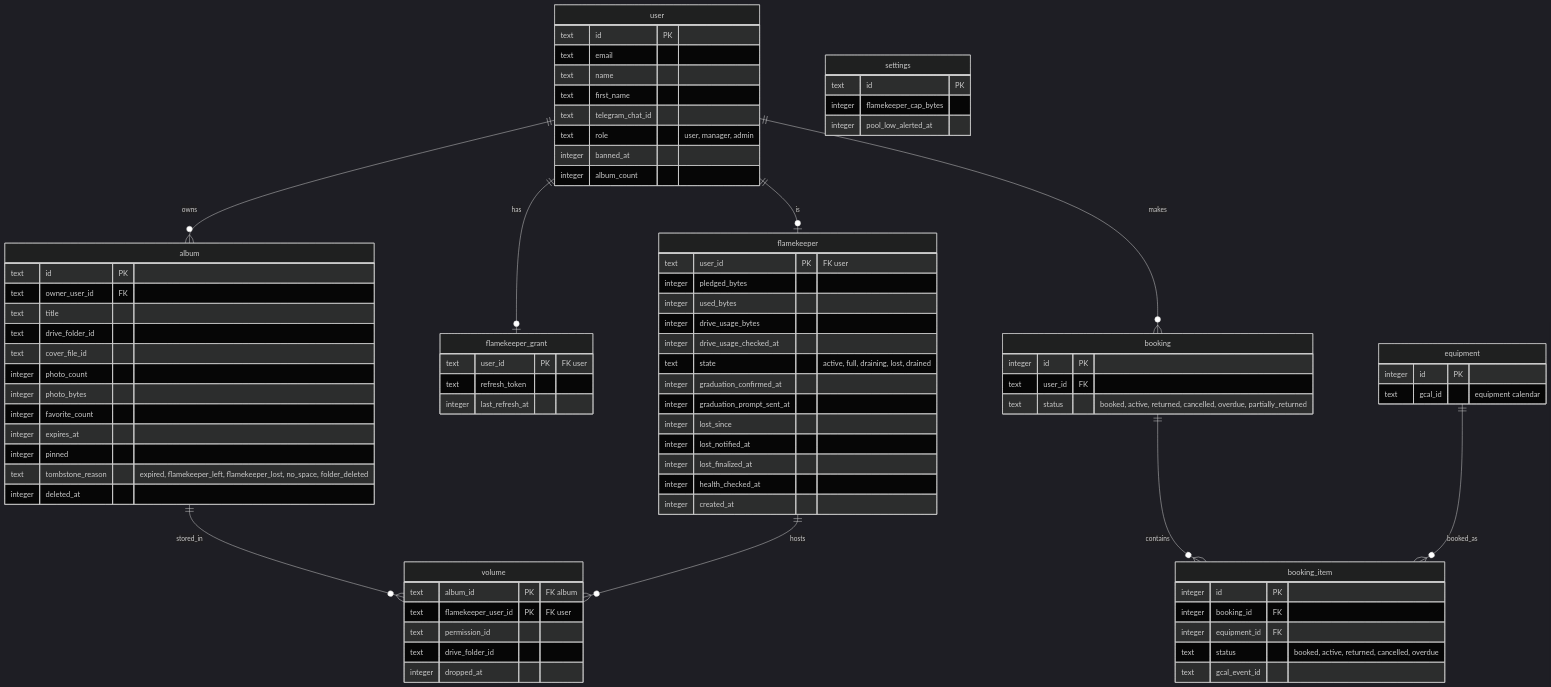
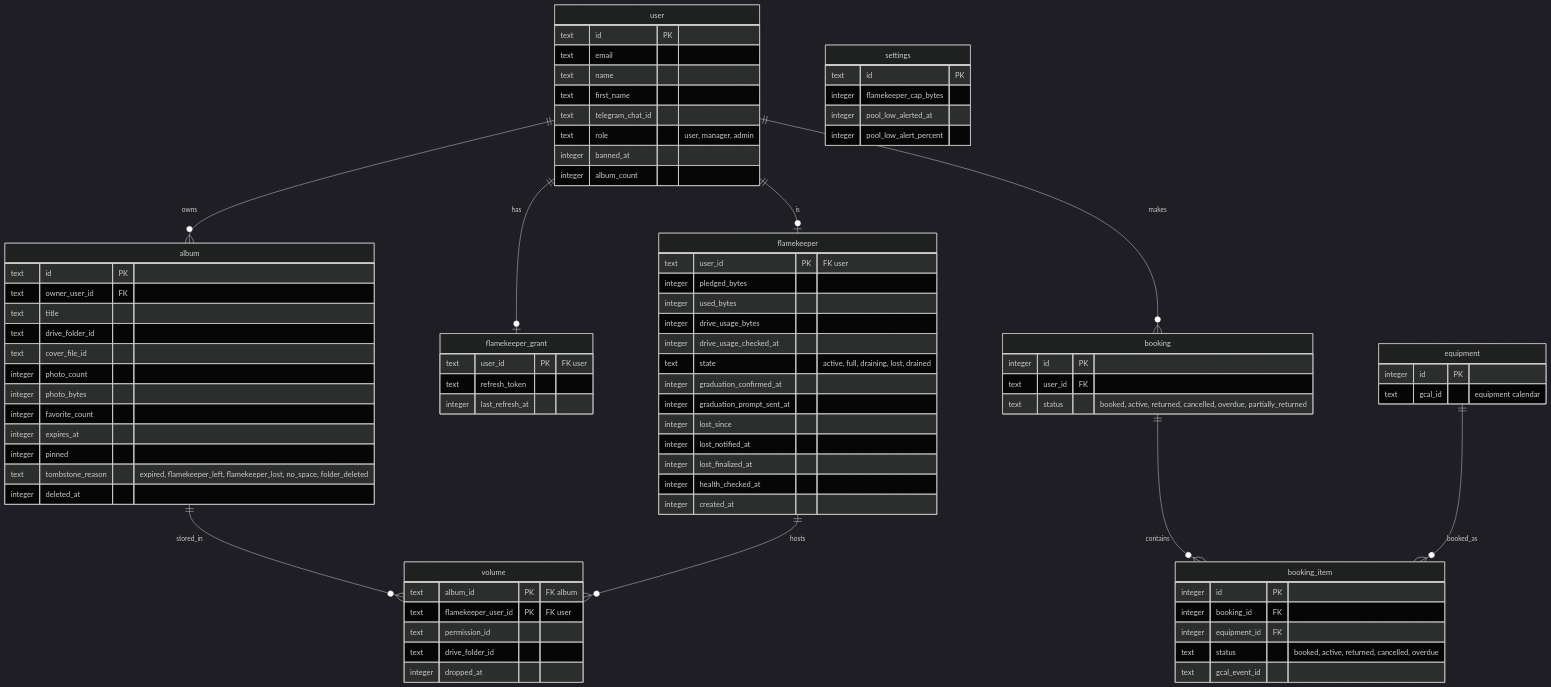
Before and after one commit to sagyzdop/meriksirat: the diagram in docs/scenarios/cron/flamekeepers/erd.md, drawn with Mermaid (dark theme). The commit also changed 45 other files, not shown here.

```diff
--- a/docs/scenarios/cron/flamekeepers/erd.md
+++ b/docs/scenarios/cron/flamekeepers/erd.md
@@ -84,6 +84,7 @@
         text id PK
         integer flamekeeper_cap_bytes
         integer pool_low_alerted_at
+        integer pool_low_alert_percent
     }
     booking {
         integer id PK
```
